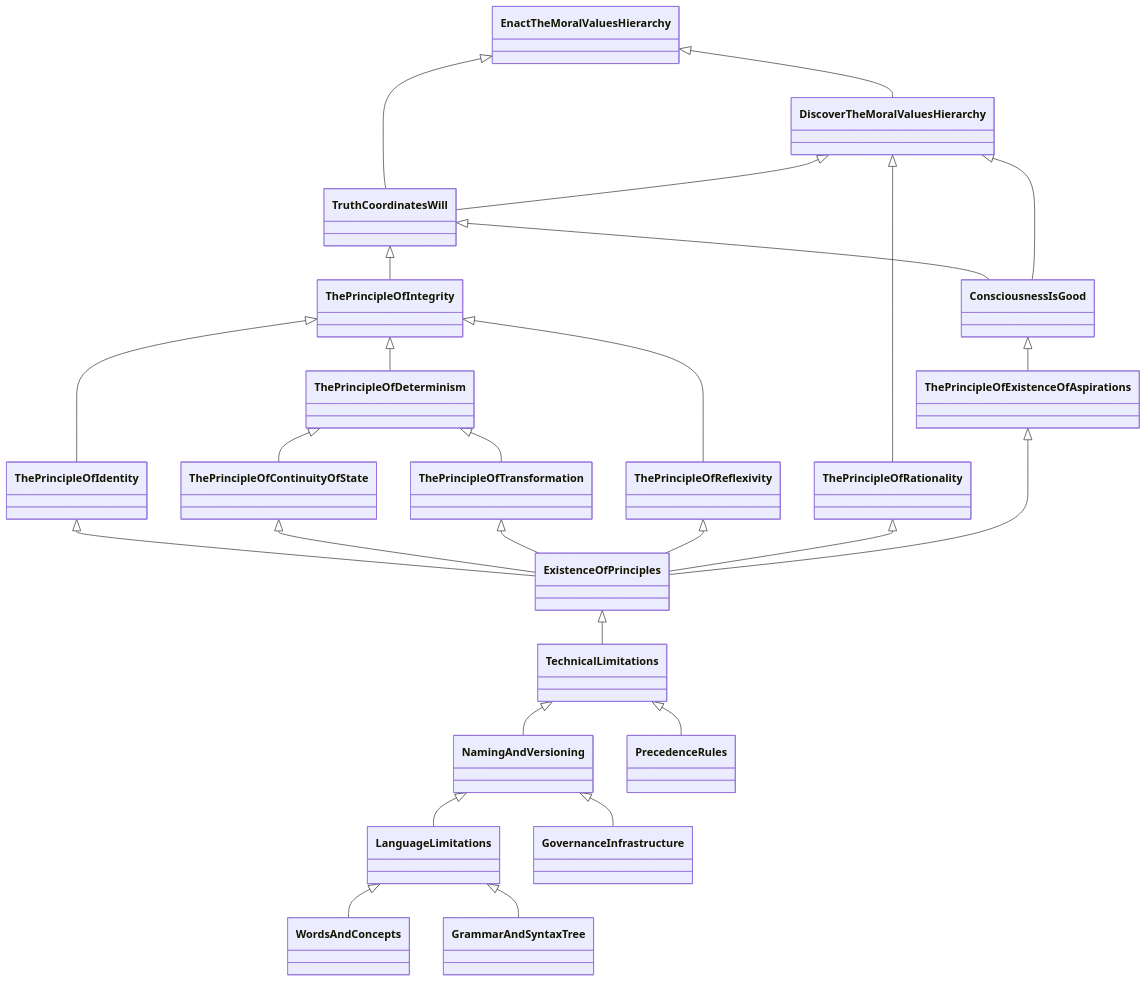
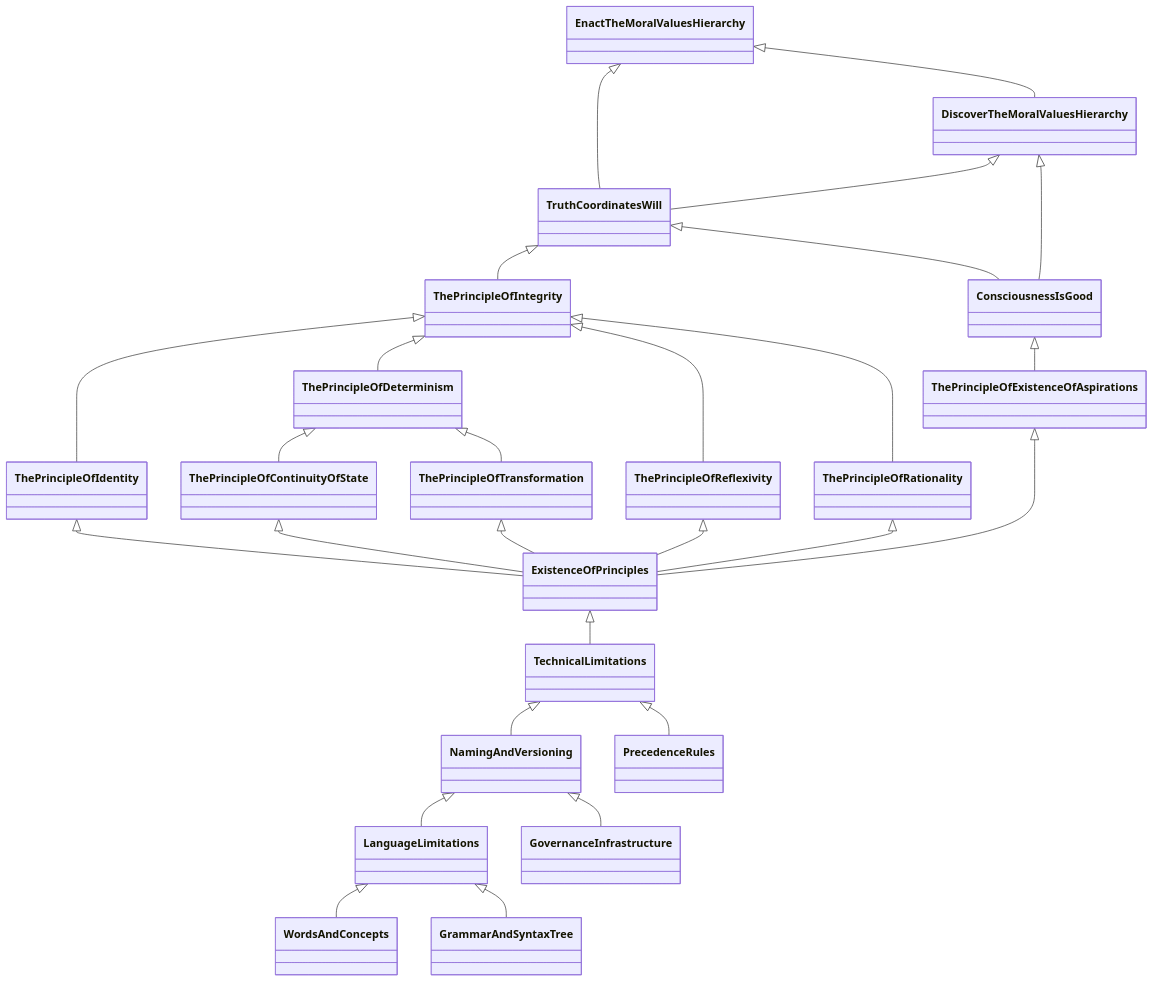
The fifth of 6 diagrams in evmos/PrecedenceGraph.md (the-laurel/chain-proposals), drawn with Mermaid before and after one commit. The commit also changed other lines of this file, not shown here.

````diff
--- a/evmos/PrecedenceGraph.md
+++ b/evmos/PrecedenceGraph.md
@@ -193,41 +194,42 @@
 ```mermaid
 
 classDiagram
 
 Language Limitations <|-- Words And Concepts
 Language Limitations <|-- Grammar And Syntax Tree
 Naming And Versioning <|-- Language Limitations
 Naming And Versioning <|-- Governance Infrastructure
 Technical Limitations <|-- Naming And Versioning
 Technical Limitations <|-- Precedence Rules
 
 
 The Principle Of Integrity  <|-- The Principle Of Determinism
 The Principle Of Integrity  <|-- The Principle Of Reflexivity
 The Principle Of Integrity  <|-- The Principle Of Identity
+The Principle Of Integrity  <|-- The Principle Of Rationality
 
 The Principle Of Determinism <|-- The Principle Of Transformation
 The Principle Of Determinism <|-- The Principle Of Continuity Of State
 
 The Principle Of Identity  <|-- Existence Of Principles 
 The Principle Of Continuity Of State  <|-- Existence Of Principles 
 The Principle Of Transformation <|-- Existence Of Principles 
 The Principle Of Reflexivity <|-- Existence Of Principles 
 The Principle Of Rationality <|-- Existence Of Principles
 The Principle Of Existence Of Aspirations <|-- Existence Of Principles
 
 Existence Of Principles <|-- Technical Limitations
 
 
 Truth Coordinates Will <|-- The Principle Of Integrity
 Consciousness Is Good <|-- The Principle Of Existence Of Aspirations
 Truth Coordinates Will  <|-- Consciousness Is Good
 
 Discover The Moral Values Hierarchy <|-- Consciousness Is Good
-Discover The Moral Values Hierarchy <|-- The Principle Of Rationality
+
 Enact The Moral Values Hierarchy <|-- Discover The Moral Values Hierarchy 
 Enact The Moral Values Hierarchy <|-- Truth Coordinates Will
 Discover The Moral Values Hierarchy <|-- Truth Coordinates Will
 
 
 ```
````
